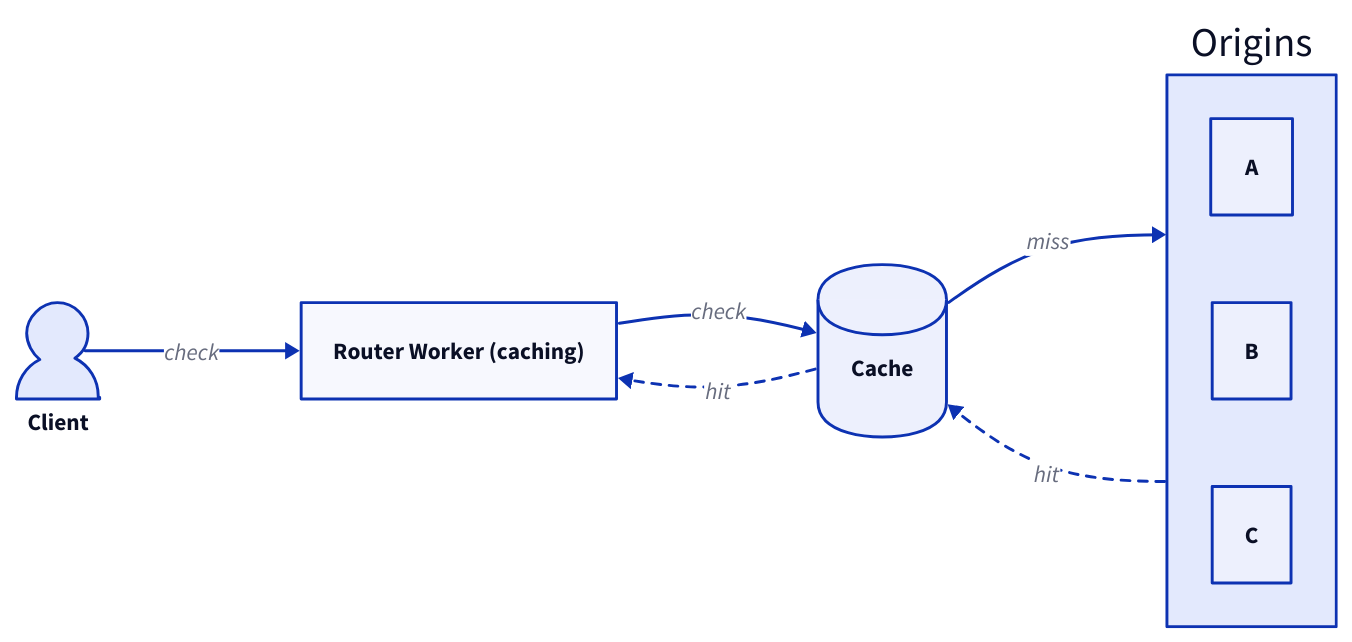
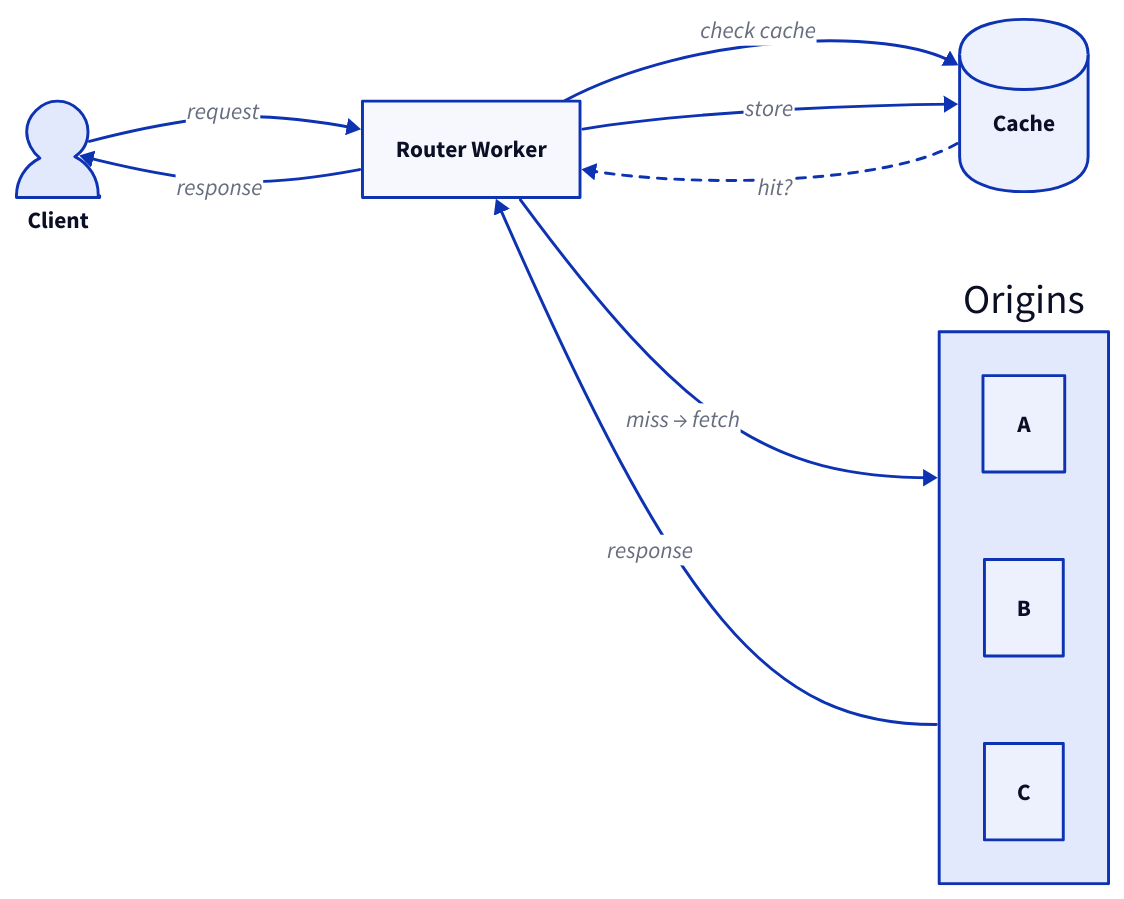
Before and after one commit to erfianugrah/lexicanum: the fifth of 6 diagrams in src/content/docs/reference/caching.mdx, drawn with D2. The commit also changed other lines of this file, not shown here.

First line of the commit message:
docs: simplify D2 diagrams for content-addressable storage and fix centralized caching

````diff
--- a/src/content/docs/reference/caching.mdx
+++ b/src/content/docs/reference/caching.mdx
@@ -832,16 +810,20 @@
 ```d2
 direction: right
 
 client: Client {shape: person}
-router: Router Worker (caching)
+router: Router Worker
 cache: Cache {shape: cylinder}
 origins: Origins {
   a: A
   b: B
   c: C
 }
 
-client -> router -> cache: check
-cache -> origins: miss
-origins -> cache -> router: hit {style.stroke-dash: 3}
+client -> router: request
+router -> cache: check cache
+cache -> router: hit? {style.stroke-dash: 3}
+router -> origins: miss → fetch
+origins -> router: response
+router -> cache: store
+router -> client: response
 ```
````
